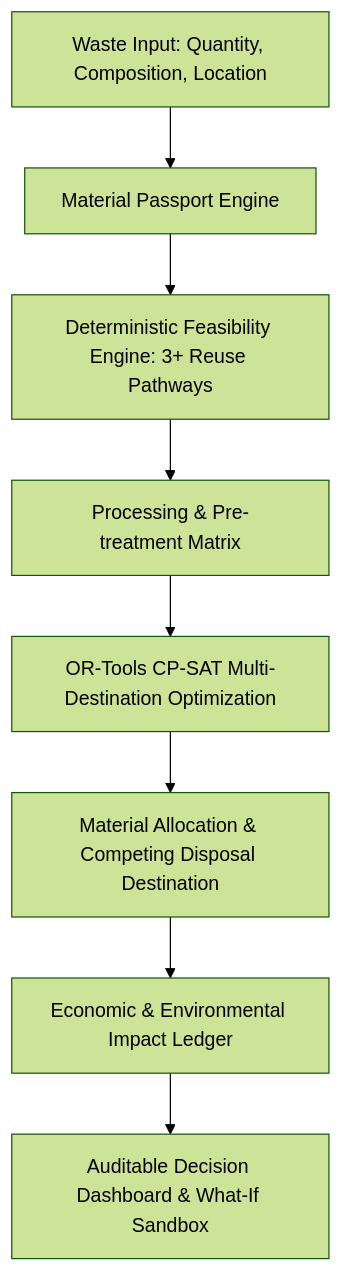
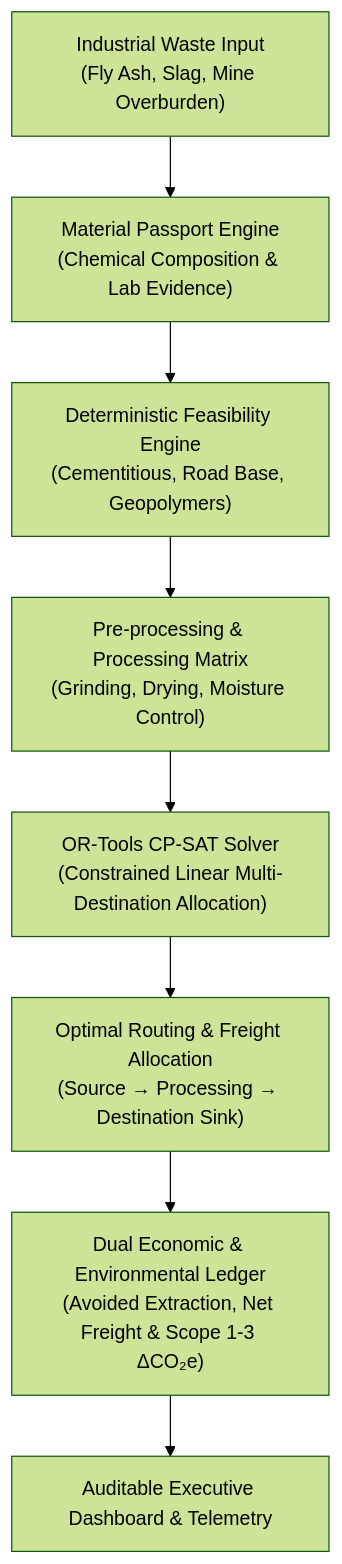
One commit to Swaroop-Deshmukh/Hack_Matrix changed the diagram in README.md. Above: the diagram before and after it, drawn with Mermaid (forest theme). The commit also changed other lines of this file and 20 other files, not shown here.

````diff
--- a/README.md
+++ b/README.md
@@ -9,10 +21,10 @@
 ```mermaid
 flowchart TD
-    A[Waste Input: Quantity, Composition, Location] --> B[Material Passport Engine]
-    B --> C[Deterministic Feasibility Engine: 3+ Reuse Pathways]
-    C --> D[Processing & Pre-treatment Matrix]
-    D --> E[OR-Tools CP-SAT Multi-Destination Optimization]
-    E --> F[Material Allocation & Competing Disposal Destination]
-    F --> G[Economic & Environmental Impact Ledger]
-    G --> H[Auditable Decision Dashboard & What-If Sandbox]
+    A["Industrial Waste Input<br/>(Fly Ash, Slag, Mine Overburden)"] --> B["Material Passport Engine<br/>(Chemical Composition & Lab Evidence)"]
+    B --> C["Deterministic Feasibility Engine<br/>(Cementitious, Road Base, Geopolymers)"]
+    C --> D["Pre-processing & Processing Matrix<br/>(Grinding, Drying, Moisture Control)"]
+    D --> E["OR-Tools CP-SAT Solver<br/>(Constrained Linear Multi-Destination Allocation)"]
+    E --> F["Optimal Routing & Freight Allocation<br/>(Source → Processing → Destination Sink)"]
+    F --> G["Dual Economic & Environmental Ledger<br/>(Avoided Extraction, Net Freight & Scope 1-3 ΔCO₂e)"]
+    G --> H["Auditable Executive Dashboard & Telemetry"]
 ```
````
